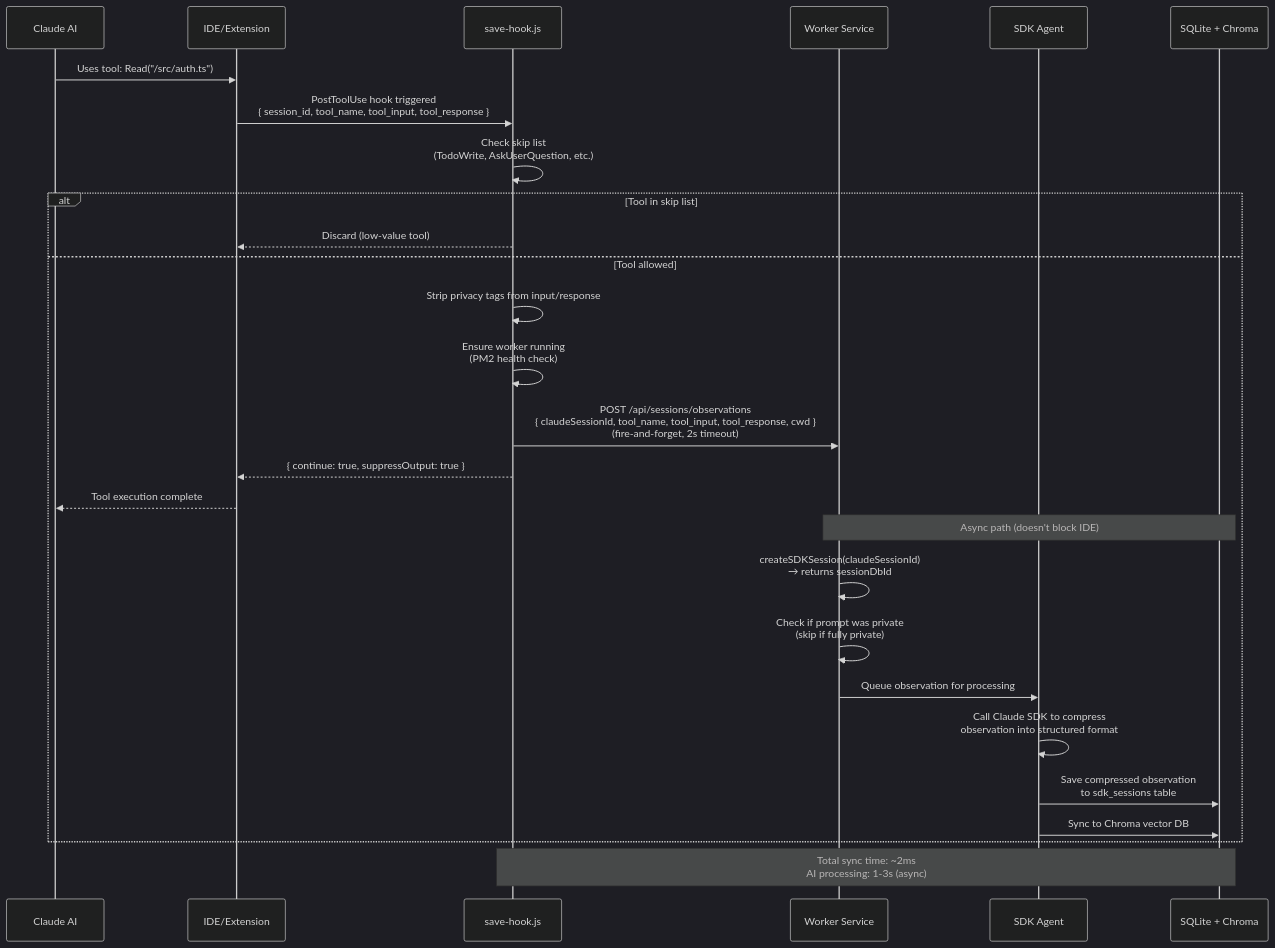
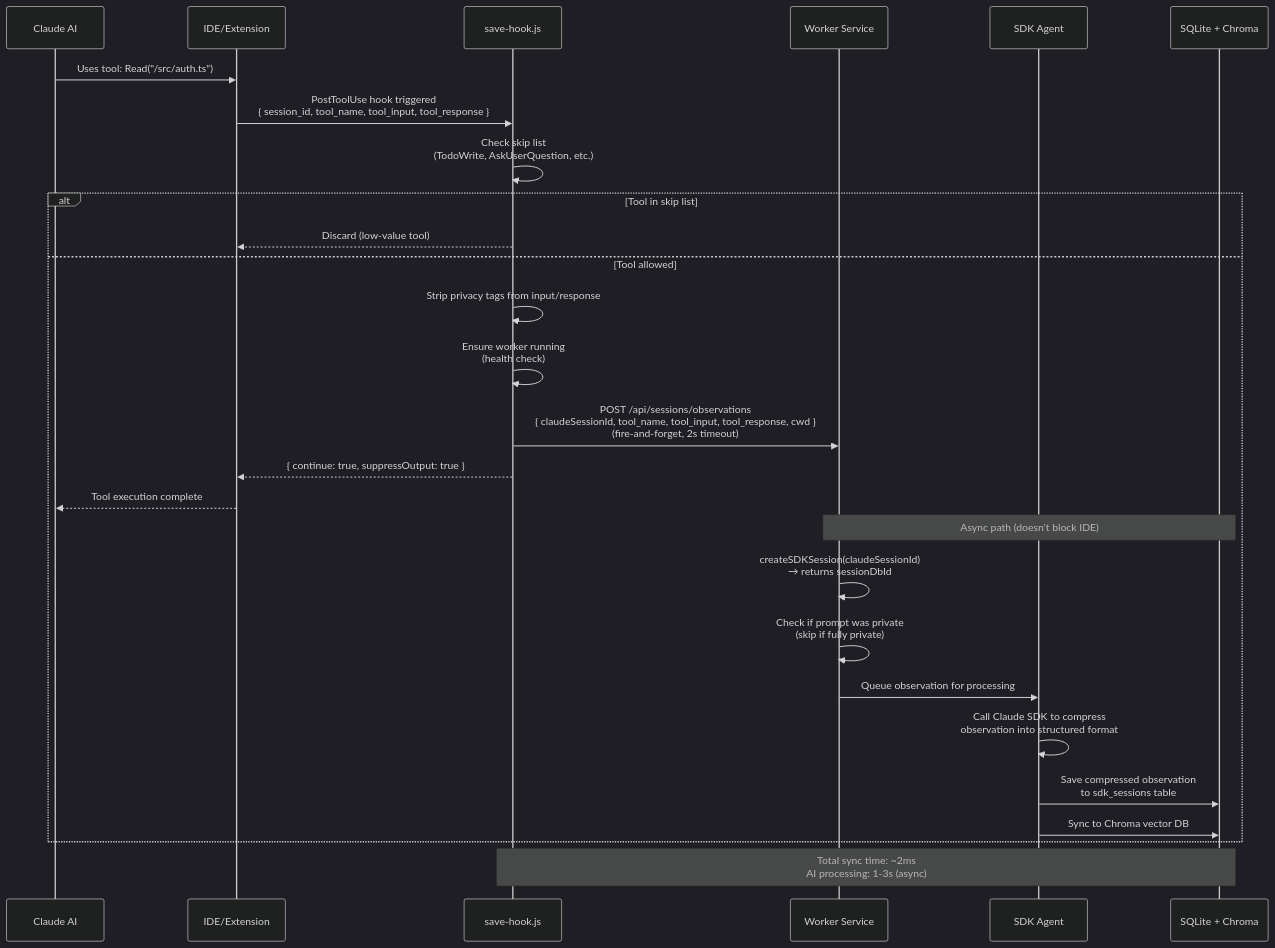
Before and after one commit to innotelinc/jesus: the sixth of 10 diagrams in apps/claude-mem/docs/public/architecture/hooks.mdx, drawn with Mermaid (dark theme). The commit also changed other lines of this file and 26 other files, not shown here.

````diff
--- a/apps/claude-mem/docs/public/architecture/hooks.mdx
+++ b/apps/claude-mem/docs/public/architecture/hooks.mdx
@@ -430,38 +430,38 @@
 ```mermaid
 sequenceDiagram
     participant Claude as Claude AI
     participant IDE as IDE/Extension
     participant SaveHook as save-hook.js
     participant Worker as Worker Service
     participant Agent as SDK Agent
     participant DB as SQLite + Chroma
 
     Claude->>IDE: Uses tool: Read("/src/auth.ts")
     IDE->>SaveHook: PostToolUse hook triggered<br/>{ session_id, tool_name, tool_input, tool_response }
 
     SaveHook->>SaveHook: Check skip list<br/>(TodoWrite, AskUserQuestion, etc.)
 
     alt Tool in skip list
         SaveHook-->>IDE: Discard (low-value tool)
     else Tool allowed
         SaveHook->>SaveHook: Strip privacy tags from input/response
 
-        SaveHook->>SaveHook: Ensure worker running<br/>(PM2 health check)
+        SaveHook->>SaveHook: Ensure worker running<br/>(health check)
 
         SaveHook->>Worker: POST /api/sessions/observations<br/>{ claudeSessionId, tool_name, tool_input, tool_response, cwd }<br/>(fire-and-forget, 2s timeout)
 
         SaveHook-->>IDE: { continue: true, suppressOutput: true }
         IDE-->>Claude: Tool execution complete
 
         Note over Worker,DB: Async path (doesn't block IDE)
 
         Worker->>Worker: createSDKSession(claudeSessionId)<br/>→ returns sessionDbId
         Worker->>Worker: Check if prompt was private<br/>(skip if fully private)
         Worker->>Agent: Queue observation for processing
         Agent->>Agent: Call Claude SDK to compress<br/>observation into structured format
         Agent->>DB: Save compressed observation<br/>to sdk_sessions table
         Agent->>DB: Sync to Chroma vector DB
     end
 
     Note over SaveHook,DB: Total sync time: ~2ms<br/>AI processing: 1-3s (async)
 ```
````
